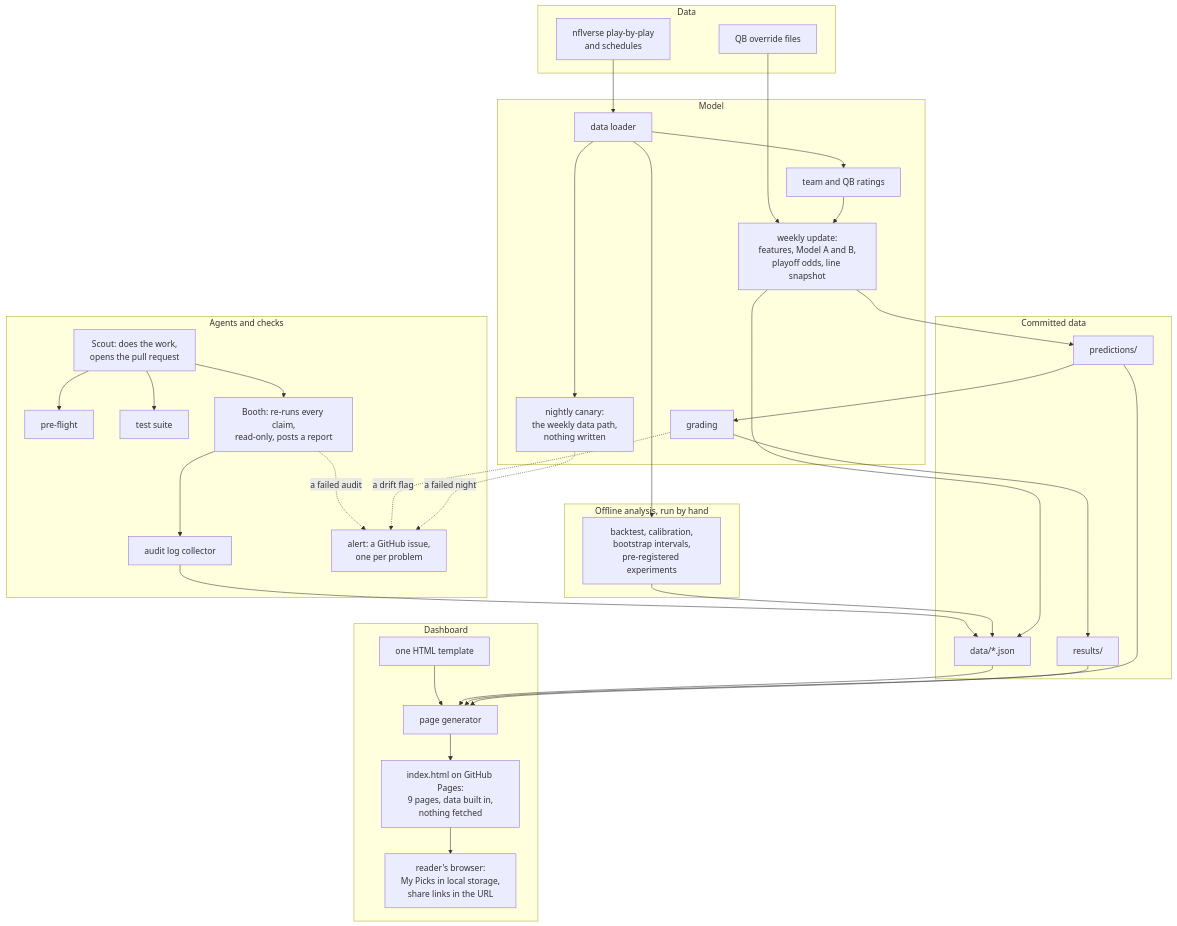
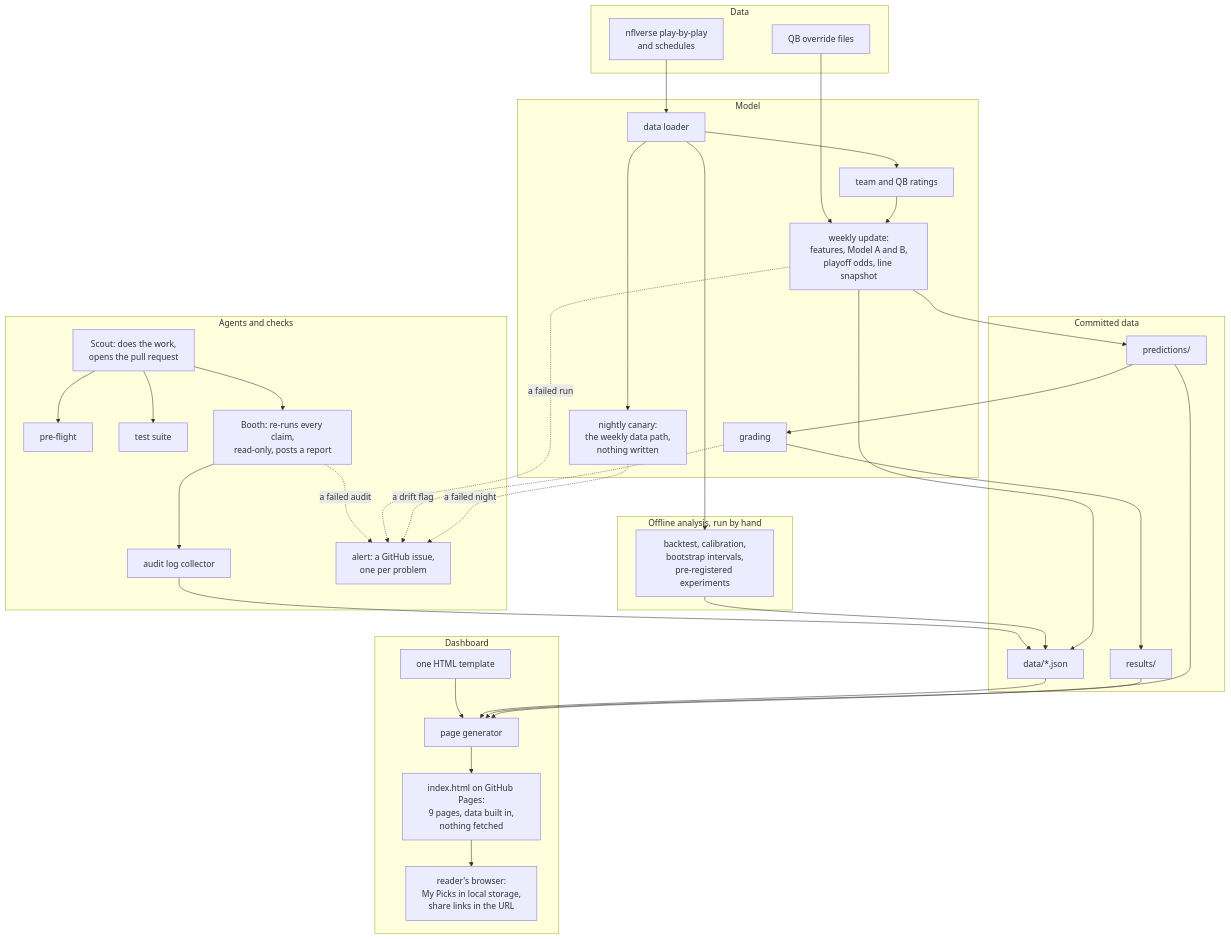
Before and after one commit to lifeisgreat07/NFL-Model-2: the diagram in docs/architecture.md, drawn with Mermaid. The commit also changed other lines of this file and 6 other files, not shown here.

````diff
--- a/docs/architecture.md
+++ b/docs/architecture.md
@@ -7,62 +7,63 @@
 ```mermaid
 flowchart TB
   subgraph DATA["Data"]
     NFL["nflverse play-by-play<br/>and schedules"]
     OVR["QB override files"]
   end
 
   subgraph MODEL["Model"]
     LOAD["data loader"]
     RATE["team and QB ratings"]
     WEEK["weekly update:<br/>features, Model A and B,<br/>playoff odds, line snapshot"]
     GRADE["grading"]
     CANARY["nightly canary:<br/>the weekly data path,<br/>nothing written"]
   end
 
   subgraph STORE["Committed data"]
     PRED["predictions/"]
     RES["results/"]
     DJ["data/*.json"]
   end
 
   subgraph ANALYSIS["Offline analysis, run by hand"]
     BT["backtest, calibration,<br/>bootstrap intervals,<br/>pre-registered experiments"]
   end
 
   subgraph AGENTS["Agents and checks"]
     SCOUT["Scout: does the work,<br/>opens the pull request"]
     PRE["pre-flight"]
     TESTS["test suite"]
     BOOTH["Booth: re-runs every claim,<br/>read-only, posts a report"]
     LOG["audit log collector"]
     ALERT["alert: a GitHub issue,<br/>one per problem"]
   end
 
   subgraph UI["Dashboard"]
     GEN["page generator"]
     TPL["one HTML template"]
     PAGE["index.html on GitHub Pages:<br/>9 pages, data built in,<br/>nothing fetched"]
     BROWSER["reader's browser:<br/>My Picks in local storage,<br/>share links in the URL"]
   end
 
   NFL --> LOAD --> RATE --> WEEK
   OVR --> WEEK
   LOAD --> CANARY
   CANARY -. a failed night .-> ALERT
   GRADE -. a drift flag .-> ALERT
+  WEEK -. a failed run .-> ALERT
   WEEK --> PRED
   WEEK --> DJ
   PRED --> GRADE --> RES
   LOAD --> BT --> DJ
 
   SCOUT --> PRE
   SCOUT --> TESTS
   SCOUT --> BOOTH
   BOOTH --> LOG --> DJ
   BOOTH -. a failed audit .-> ALERT
 
   PRED --> GEN
   RES --> GEN
   DJ --> GEN
   TPL --> GEN --> PAGE --> BROWSER
 ```
````
